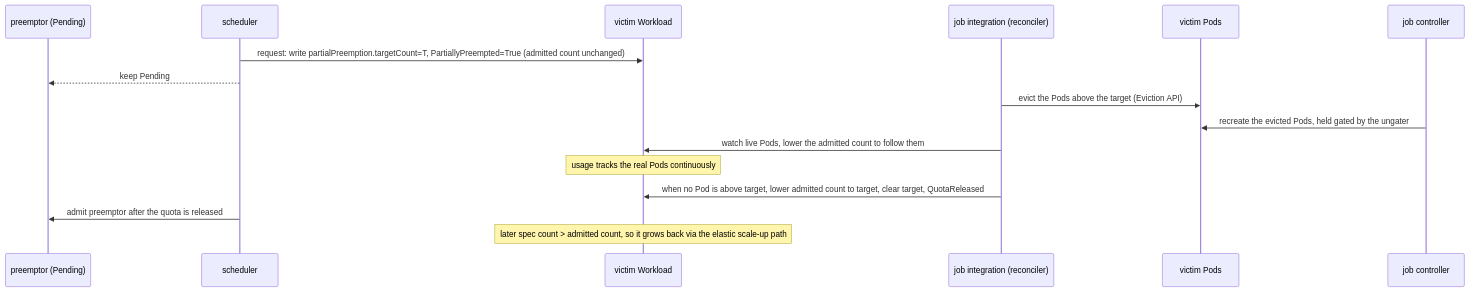
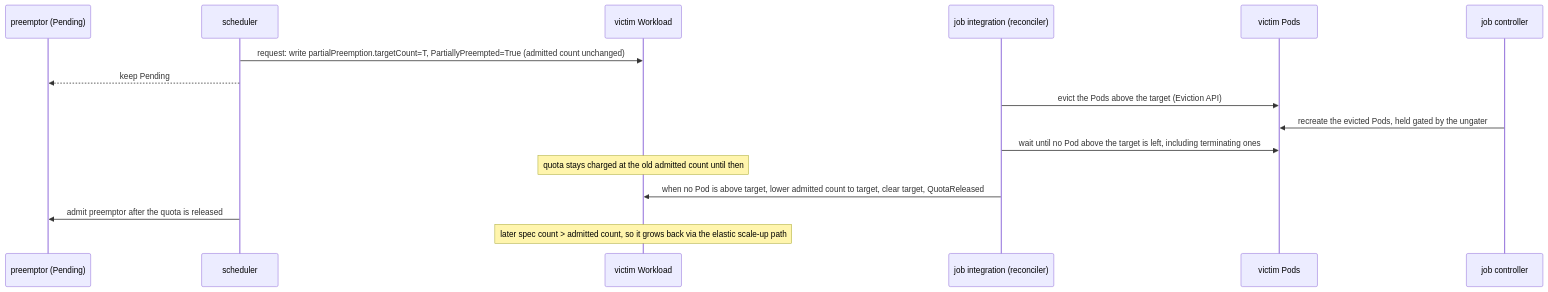
One commit to kubernetes-sigs/kueue changed the diagram in keps/975-partial-preemption/README.md. Above: the diagram before and after it, drawn with Mermaid. The commit also changed other lines of this file, not shown here.

````diff
--- a/keps/975-partial-preemption/README.md
+++ b/keps/975-partial-preemption/README.md
@@ -308,18 +311,18 @@
 ```mermaid
 sequenceDiagram
     participant P as preemptor (Pending)
     participant S as scheduler
     participant W as victim Workload
     participant I as job integration (reconciler)
     participant Pods as victim Pods
     participant J as job controller
     S->>W: request: write partialPreemption.targetCount=T, PartiallyPreempted=True (admitted count unchanged)
     S-->>P: keep Pending
     I->>Pods: evict the Pods above the target (Eviction API)
     J->>Pods: recreate the evicted Pods, held gated by the ungater
-    I->>W: watch live Pods, lower the admitted count to follow them
-    Note over W: usage tracks the real Pods continuously
+    I->>Pods: wait until no Pod above the target is left, including terminating ones
+    Note over W: quota stays charged at the old admitted count until then
     I->>W: when no Pod is above target, lower admitted count to target, clear target, QuotaReleased
     S->>P: admit preemptor after the quota is released
     Note over W: later spec count > admitted count, so it grows back via the elastic scale-up path
 ```
````
